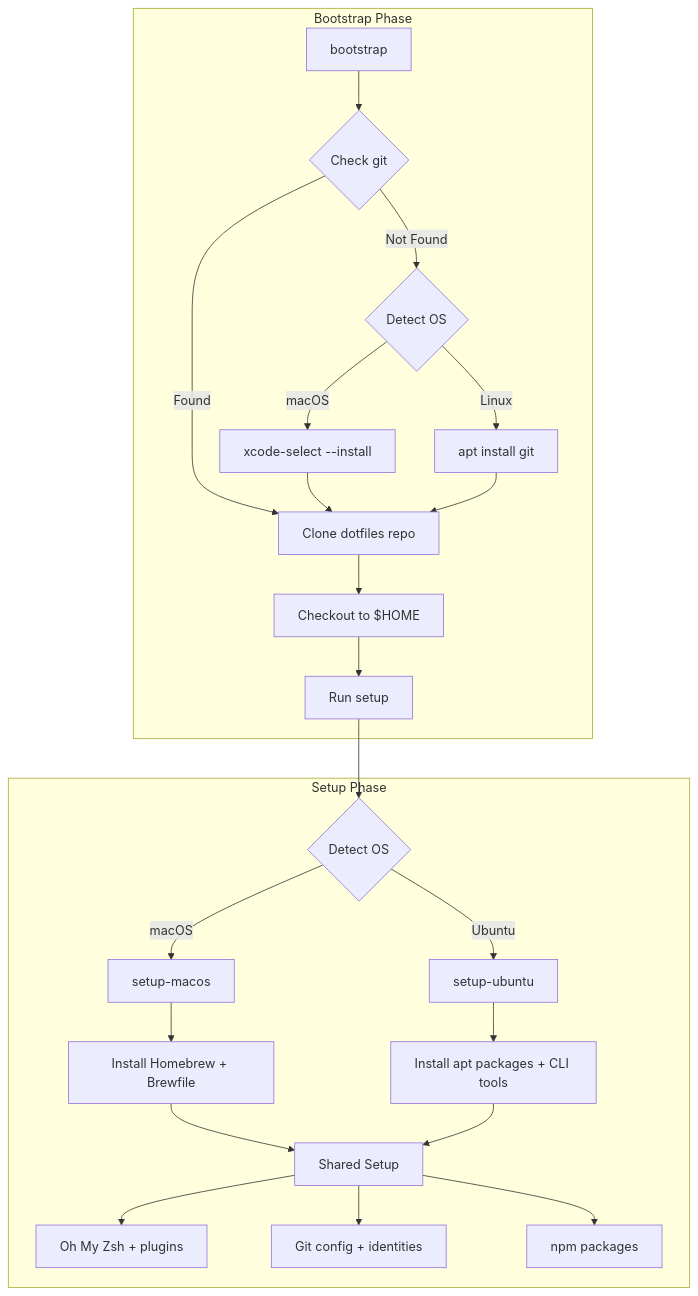
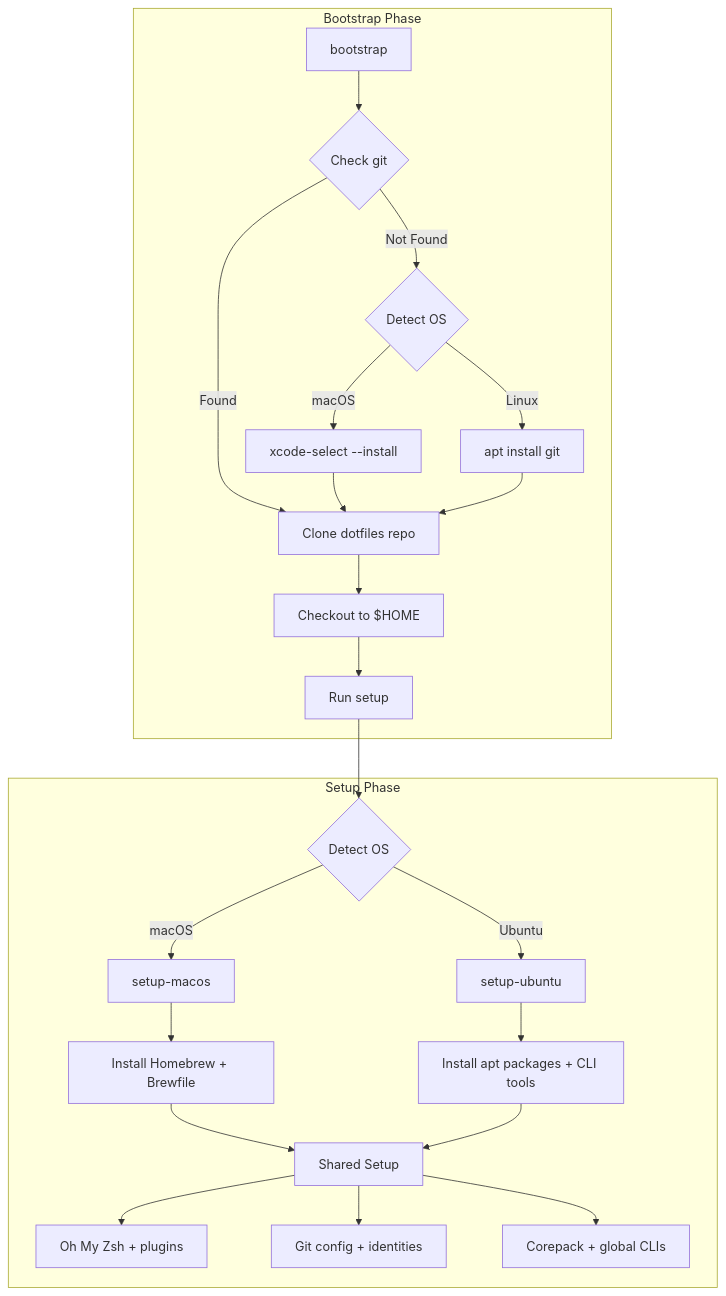
The diagram in script/README.md (hsin19/dotfiles), drawn with Mermaid before and after one commit. The commit also changed other lines of this file and 4 other files, not shown here.

````diff
--- a/script/README.md
+++ b/script/README.md
@@ -9,27 +9,27 @@
 ```mermaid
 graph TB
     subgraph "Bootstrap Phase"
         A[bootstrap] --> B{Check git}
         B -->|Found| D
         B -->|Not Found| C{Detect OS}
         C -->|macOS| E1[xcode-select --install]
         C -->|Linux| E2[apt install git]
         E1 --> D[Clone dotfiles repo]
         E2 --> D
         D --> F[Checkout to $HOME]
         F --> G[Run setup]
     end
 
     subgraph "Setup Phase"
         G --> H{Detect OS}
         H -->|macOS| I[setup-macos]
         H -->|Ubuntu| J[setup-ubuntu]
         I --> K[Install Homebrew + Brewfile]
         J --> L[Install apt packages + CLI tools]
         K --> M[Shared Setup]
         L --> M
         M --> N[Oh My Zsh + plugins]
         M --> O[Git config + identities]
-        M --> P[npm packages]
+        M --> P[Corepack + global CLIs]
     end
 ```
````
